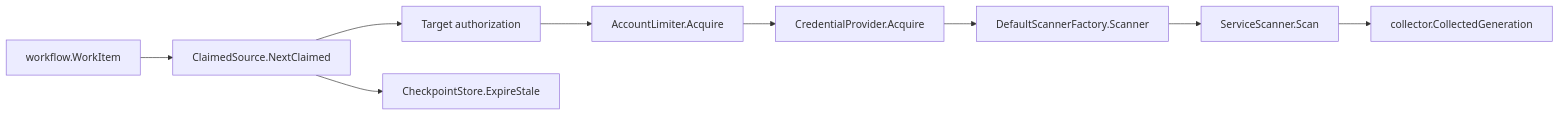
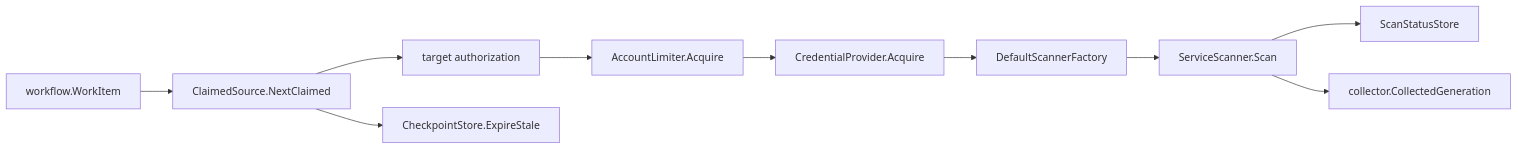
One commit to eshu-hq/eshu changed the diagram in go/internal/collector/awscloud/awsruntime/README.md. Above: the diagram before and after it, drawn with Mermaid. The commit also changed other lines of this file and 584 other files, not shown here.

Commit message:
Rework documentation information architecture

````diff
--- a/go/internal/collector/awscloud/awsruntime/README.md
+++ b/go/internal/collector/awscloud/awsruntime/README.md
@@ -20,11 +14,12 @@
 ```mermaid
 flowchart LR
-  A["workflow.WorkItem"] --> B["ClaimedSource.NextClaimed"]
-  B --> C["Target authorization"]
-  C --> D["AccountLimiter.Acquire"]
-  D --> E["CredentialProvider.Acquire"]
-  B --> I["CheckpointStore.ExpireStale"]
-  E --> H["DefaultScannerFactory.Scanner"]
-  H --> F["ServiceScanner.Scan"]
-  F --> G["collector.CollectedGeneration"]
+  Claim["workflow.WorkItem"] --> Source["ClaimedSource.NextClaimed"]
+  Source --> Authorize["target authorization"]
+  Authorize --> Limit["AccountLimiter.Acquire"]
+  Limit --> Credentials["CredentialProvider.Acquire"]
+  Source --> Checkpoint["CheckpointStore.ExpireStale"]
+  Credentials --> Factory["DefaultScannerFactory"]
+  Factory --> Scanner["ServiceScanner.Scan"]
+  Scanner --> Status["ScanStatusStore"]
+  Scanner --> Generation["collector.CollectedGeneration"]
 ```
````
